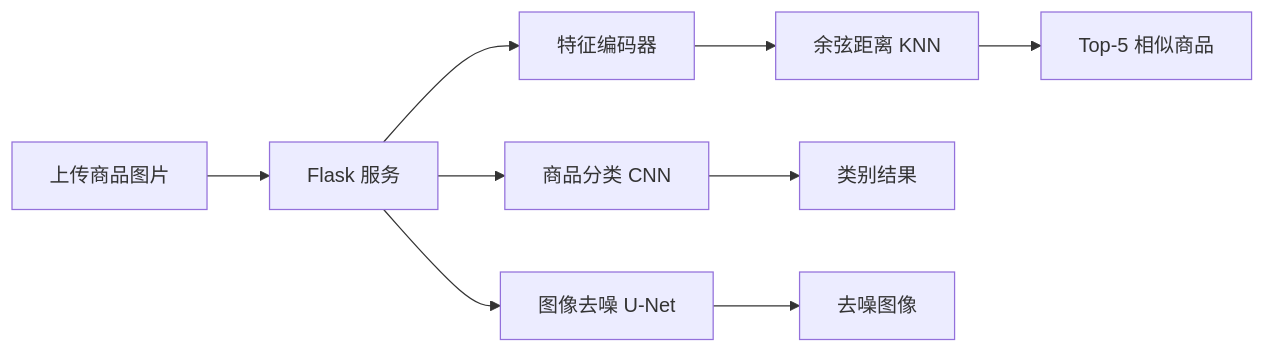
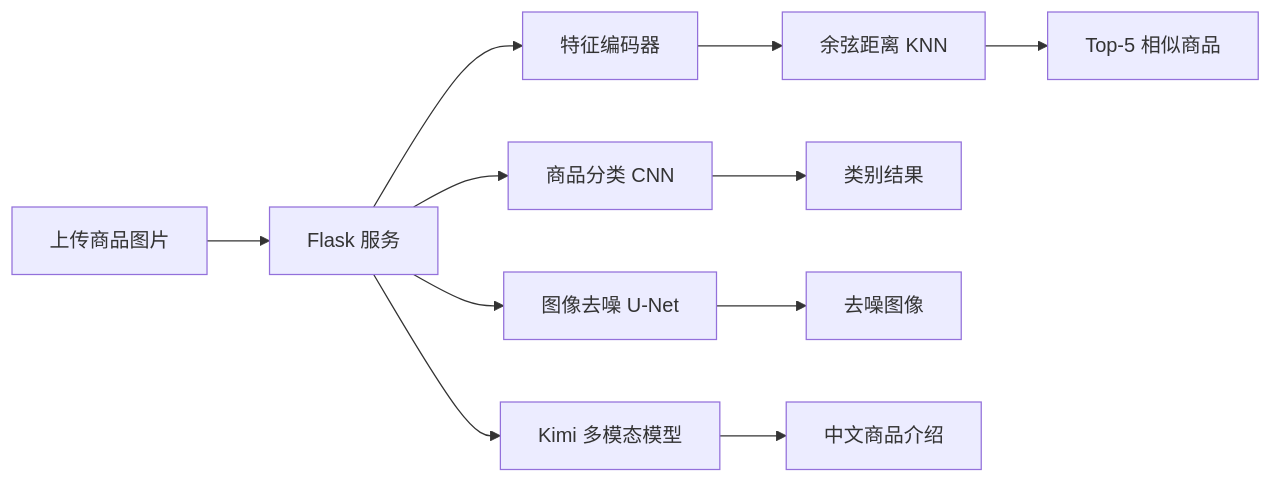
The diagram in README.md (lizhuofan-curry/smart-image-treasure-hunt), drawn with Mermaid before and after one commit. The commit also changed other lines of this file and 19 other files, not shown here.

````diff
--- a/README.md
+++ b/README.md
@@ -65,11 +65,13 @@
 ```mermaid
 flowchart LR
     A[上传商品图片] --> B[Flask 服务]
     B --> C[商品分类 CNN]
     B --> D[图像去噪 U-Net]
     B --> E[特征编码器]
+    B --> J[Kimi 多模态模型]
     E --> F[余弦距离 KNN]
     C --> G[类别结果]
     D --> H[去噪图像]
     F --> I[Top-5 相似商品]
+    J --> K[中文商品介绍]
 ```
````
